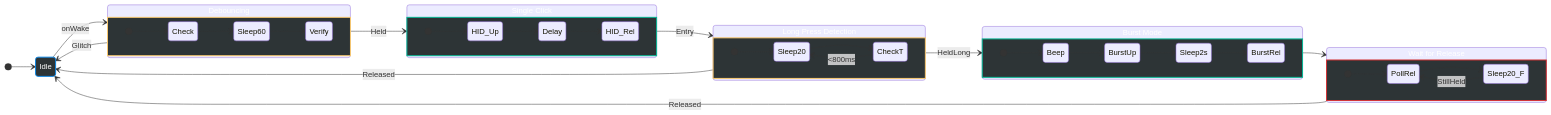
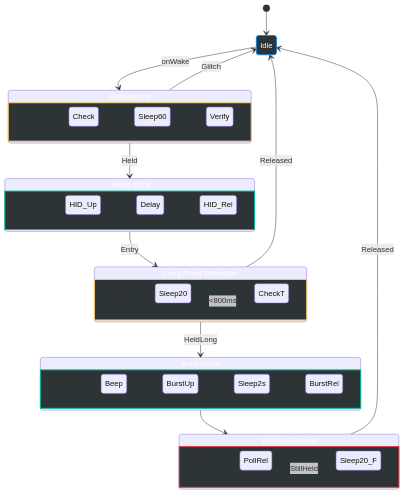
Before and after one commit to arunj123/nrf52840-cam-remote: the diagram in docs/gesture_logic.md, drawn with Mermaid. The commit also changed 1 other file, not shown here.

Commit message:
Docs: use balanced TB/LR hybrid layout for Mermaid diagram

````diff
--- a/docs/gesture_logic.md
+++ b/docs/gesture_logic.md
@@ -6,68 +6,68 @@
 ```mermaid
 stateDiagram-v2
-    direction LR
+    direction TB
 
     %% Styles
     classDef idle fill:#2d3436,stroke:#0984e3,stroke-width:2px,color:#fff
     classDef proc fill:#2d3436,stroke:#fdcb6e,stroke-width:2px,color:#fff
     classDef act fill:#2d3436,stroke:#00b894,stroke-width:2px,color:#fff
     classDef wait fill:#2d3436,stroke:#d63031,stroke-width:2px,color:#fff
 
     [*] --> Idle
     Idle --> S_Debounce : onWake
     
     state "Debouncing" as S_Debounce {
         direction LR
         [*] --> Check
         Check --> Sleep60
         Sleep60 --> Verify
     }
     
     S_Debounce --> Idle : Glitch
     S_Debounce --> S_Click : Held
     
     state "Single Click" as S_Click {
         direction LR
         [*] --> HID_Up
         HID_Up --> Delay
         Delay --> HID_Rel
     }
     
     S_Click --> S_Poll : Entry
     
     state "Long Press Detection" as S_Poll {
         direction LR
         [*] --> Sleep20
         Sleep20 --> CheckT
         CheckT --> Sleep20 : <800ms
     }
     
     S_Poll --> Idle : Released
     S_Poll --> S_Burst : HeldLong
     
     state "Burst Mode" as S_Burst {
         direction LR
         [*] --> Beep
         Beep --> BurstUp
         BurstUp --> Sleep2s
         Sleep2s --> BurstRel
     }
     
     S_Burst --> S_WaitRel
     
     state "Wait for Release" as S_WaitRel {
         direction LR
         [*] --> PollRel
         PollRel --> Sleep20_F
         Sleep20_F --> PollRel : StillHeld
     }
     
     S_WaitRel --> Idle : Released
 
     class Idle idle
     class S_Debounce proc
     class S_Click act
     class S_Poll proc
     class S_Burst act
     class S_WaitRel wait
 ```
````
